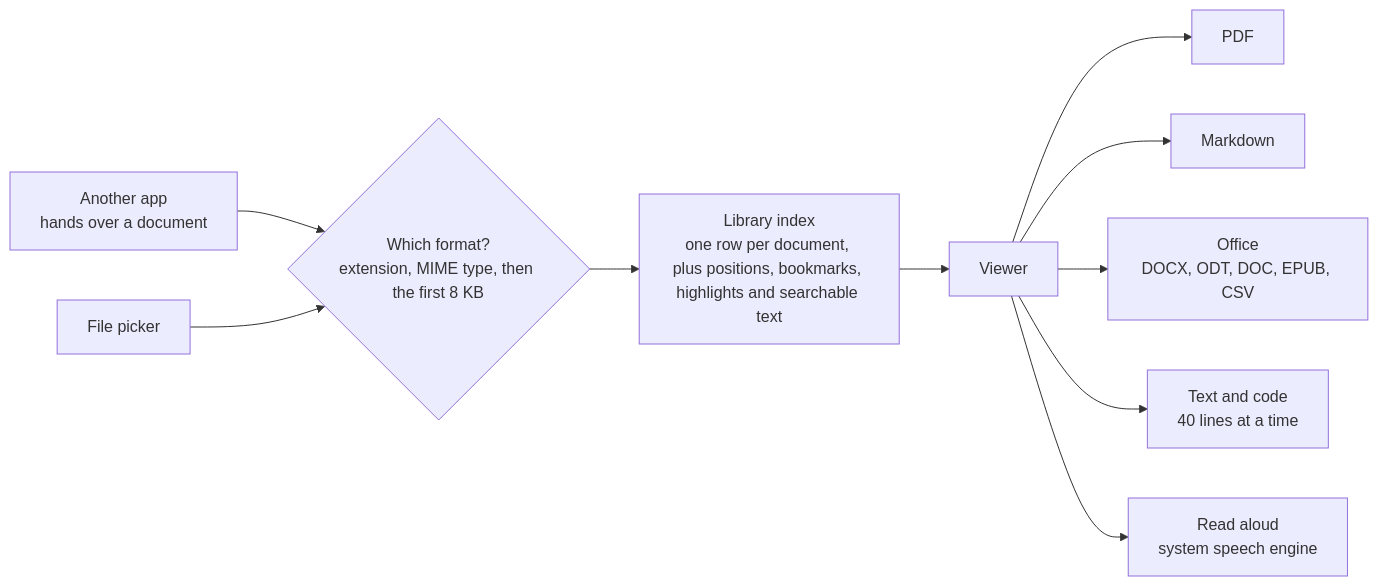
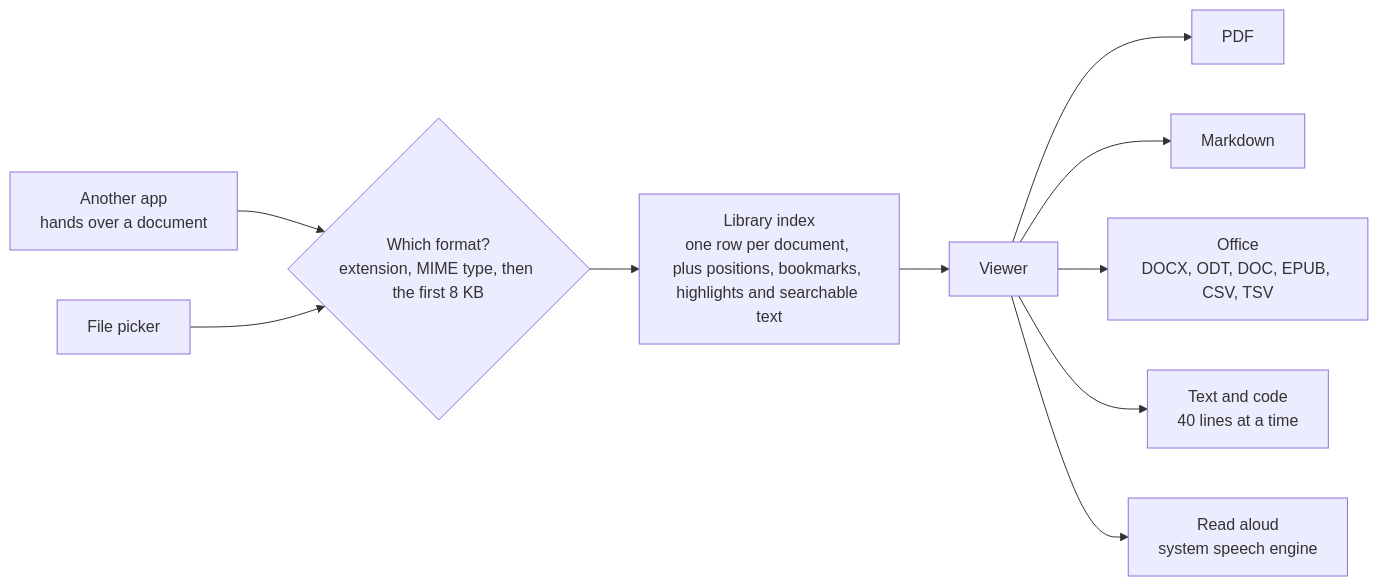
One commit to Pixelrick420/Papyrus changed the first of 2 diagrams in README.md. Above: the diagram before and after it, drawn with Mermaid. The commit also changed 19 other files, not shown here.

````diff
--- a/README.md
+++ b/README.md
@@ -252,12 +252,12 @@
 ```mermaid
 flowchart LR
   A["Another app<br/>hands over a document"] --> C{"Which format?<br/>extension, MIME type, then the first 8 KB"}
   B["File picker"] --> C
   C --> D["Library index<br/>one row per document, plus positions, bookmarks, highlights and searchable text"]
   D --> E["Viewer"]
   E --> F["PDF"]
   E --> G["Markdown"]
-  E --> H["Office<br/>DOCX, ODT, DOC, EPUB, CSV"]
+  E --> H["Office<br/>DOCX, ODT, DOC, EPUB, CSV, TSV"]
   E --> I["Text and code<br/>40 lines at a time"]
   E --> J["Read aloud<br/>system speech engine"]
 ```
````
